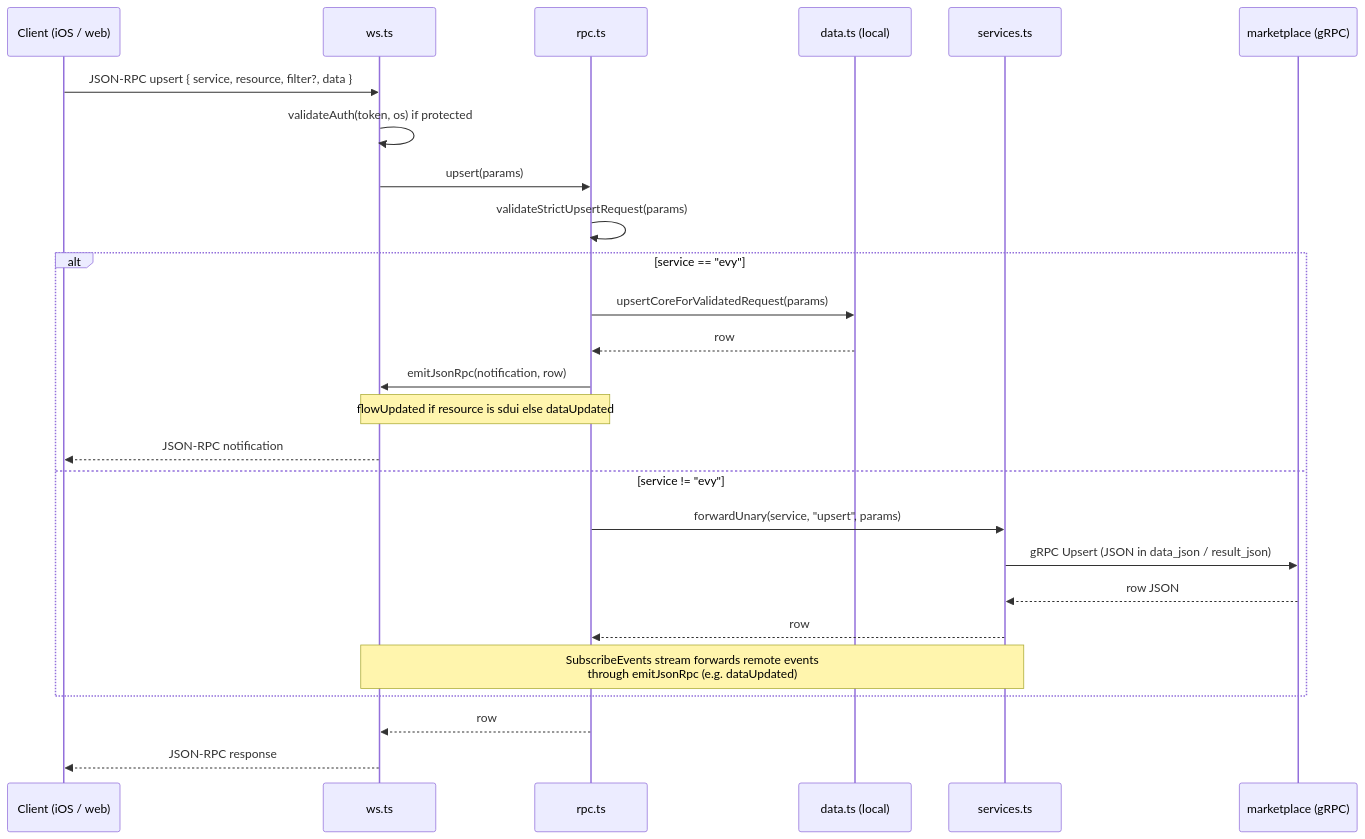
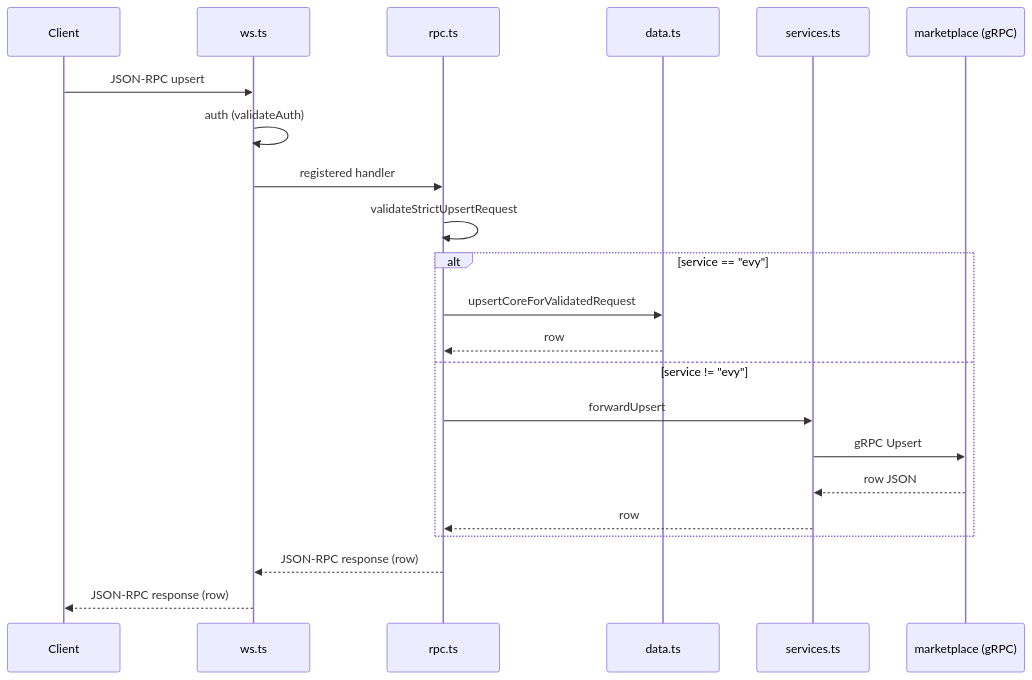
One commit to EVY-Platform/evy changed the first of 3 diagrams in api/README.md. Above: the diagram before and after it, drawn with Mermaid. The commit also changed other lines of this file and 17 other files, not shown here.

````diff
--- a/api/README.md
+++ b/api/README.md
@@ -23,31 +25,27 @@
 ```mermaid
 sequenceDiagram
-    participant C as Client (iOS / web)
-    participant WS as ws.ts
-    participant RPC as rpc.ts
-    participant D as data.ts (local)
-    participant S as services.ts
-    participant MP as marketplace (gRPC)
+    participant Client
+    participant ws as ws.ts
+    participant rpc as rpc.ts
+    participant data as data.ts
+    participant services as services.ts
+    participant marketplace as marketplace (gRPC)
 
-    C->>WS: JSON-RPC upsert { service, resource, filter?, data }
-    WS->>WS: validateAuth(token, os) if protected
-    WS->>RPC: upsert(params)
-    RPC->>RPC: validateStrictUpsertRequest(params)
+    Client->>ws: JSON-RPC upsert
+    ws->>ws: auth (validateAuth)
+    ws->>rpc: registered handler
+    rpc->>rpc: validateStrictUpsertRequest
 
     alt service == "evy"
-        RPC->>D: upsertCoreForValidatedRequest(params)
-        D-->>RPC: row
-        RPC->>WS: emitJsonRpc(notification, row)
-        Note over RPC,WS: flowUpdated if resource is sdui else dataUpdated
-        WS-->>C: JSON-RPC notification
+        rpc->>data: upsertCoreForValidatedRequest
+        data-->>rpc: row
     else service != "evy"
-        RPC->>S: forwardUnary(service, "upsert", params)
-        S->>MP: gRPC Upsert (JSON in data_json / result_json)
-        MP-->>S: row JSON
-        S-->>RPC: row
-        Note over S,WS: SubscribeEvents stream forwards remote events<br/>through emitJsonRpc (e.g. dataUpdated)
+        rpc->>services: forwardUpsert
+        services->>marketplace: gRPC Upsert
+        marketplace-->>services: row JSON
+        services-->>rpc: row
     end
 
-    RPC-->>WS: row
-    WS-->>C: JSON-RPC response
+    rpc-->>ws: JSON-RPC response (row)
+    ws-->>Client: JSON-RPC response (row)
 ```
````
